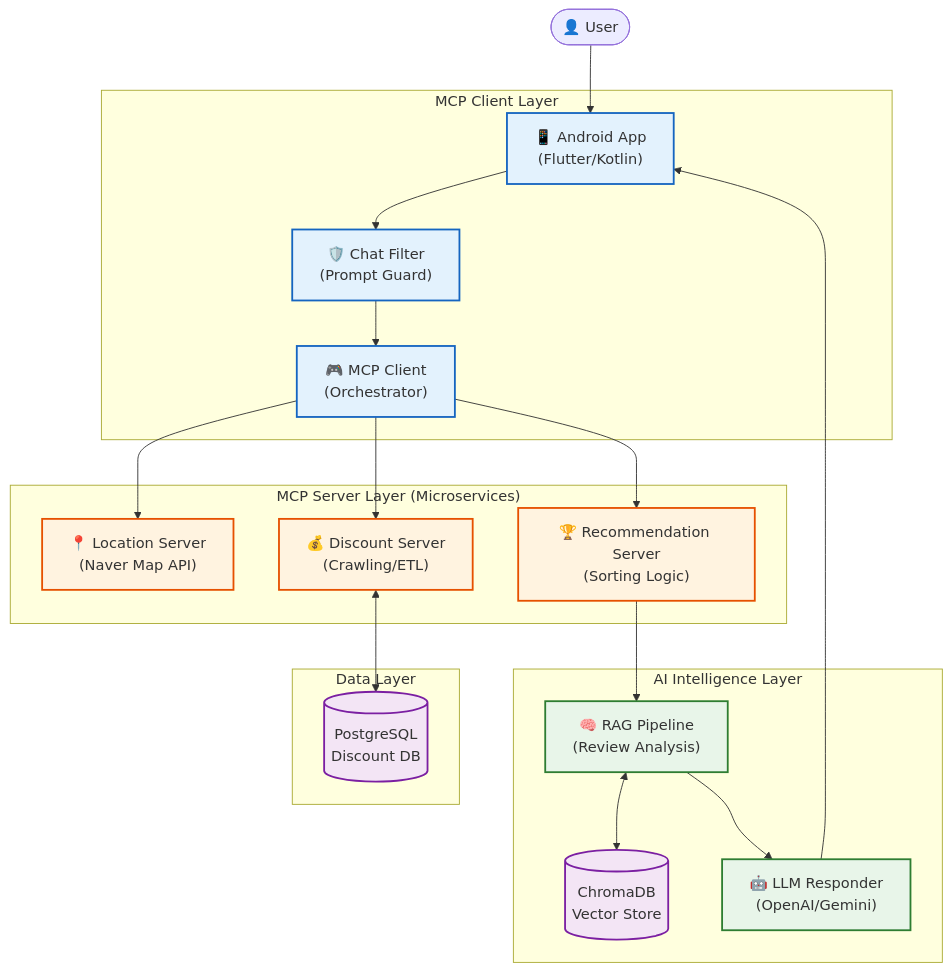
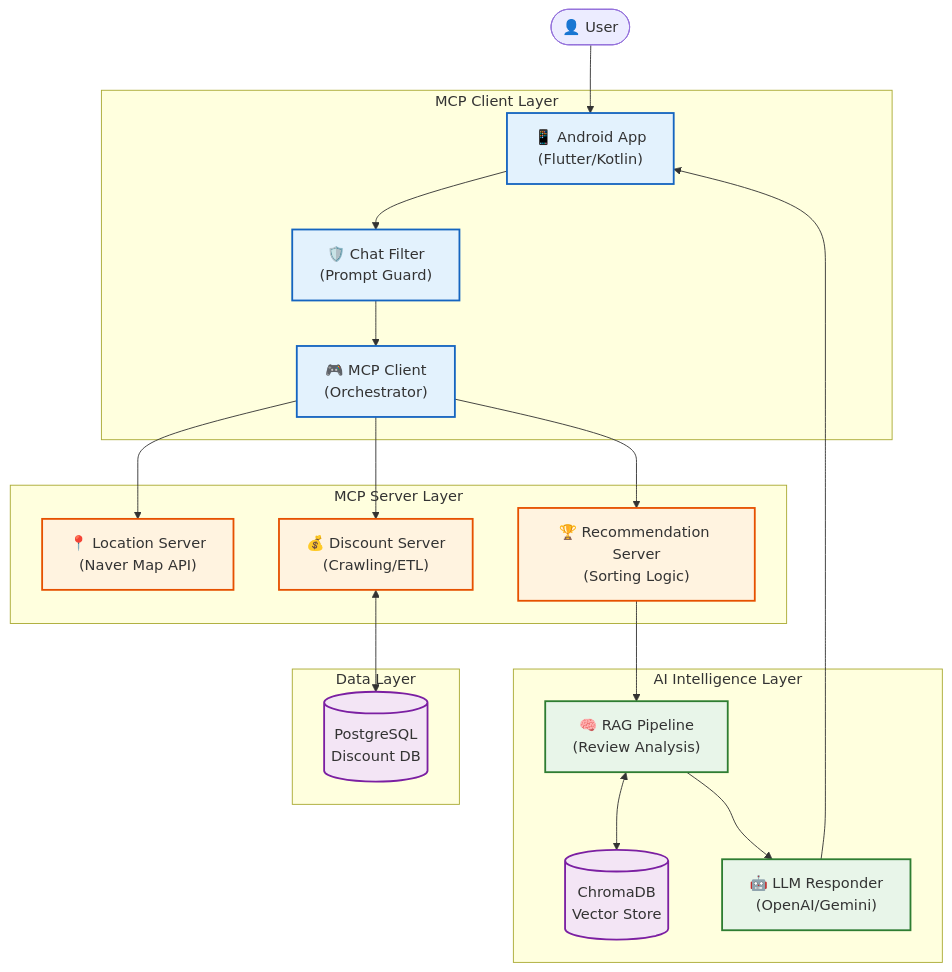
The diagram in README.md (dongguk-team3/team3-project), drawn with Mermaid before and after one commit.

````diff
--- a/README.md
+++ b/README.md
@@ -59,33 +59,33 @@
 ```mermaid
 graph TD
     %% 스타일 정의
     classDef client fill:#e3f2fd,stroke:#1565c0,stroke-width:2px;
     classDef server fill:#fff3e0,stroke:#e65100,stroke-width:2px;
     classDef ai fill:#e8f5e9,stroke:#2e7d32,stroke-width:2px;
     classDef db fill:#f3e5f5,stroke:#7b1fa2,stroke-width:2px;
 
     User(["👤 User"]) --> App["📱 Android App<br/>(Flutter/Kotlin)"]:::client
     
     subgraph "MCP Client Layer"
         App --> ChatFilter["🛡️ Chat Filter<br/>(Prompt Guard)"]:::client
         ChatFilter --> Orchestrator["🎮 MCP Client<br/>(Orchestrator)"]:::client
     end
 
-    subgraph "MCP Server Layer (Microservices)"
+    subgraph "MCP Server Layer "
         Orchestrator --> Loc["📍 Location Server<br/>(Naver Map API)"]:::server
         Orchestrator --> Disc["💰 Discount Server<br/>(Crawling/ETL)"]:::server
         Orchestrator --> Rec["🏆 Recommendation Server<br/>(Sorting Logic)"]:::server
     end
 
     subgraph "Data Layer"
         Disc <--> DB[("PostgreSQL<br/>Discount DB")]:::db
     end
 
     subgraph "AI Intelligence Layer"
         Rec --> RAG["🧠 RAG Pipeline<br/>(Review Analysis)"]:::ai
         RAG <--> VectorDB[("ChromaDB<br/>Vector Store")]:::db
         RAG --> LLM["🤖 LLM Responder<br/>(OpenAI/Gemini)"]:::ai
     end
 
     LLM --> App
 ```
````
